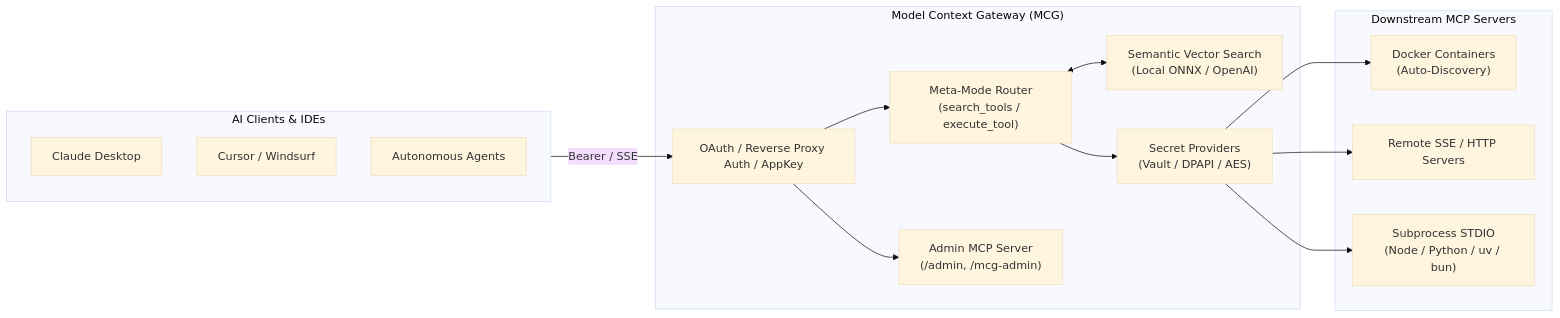
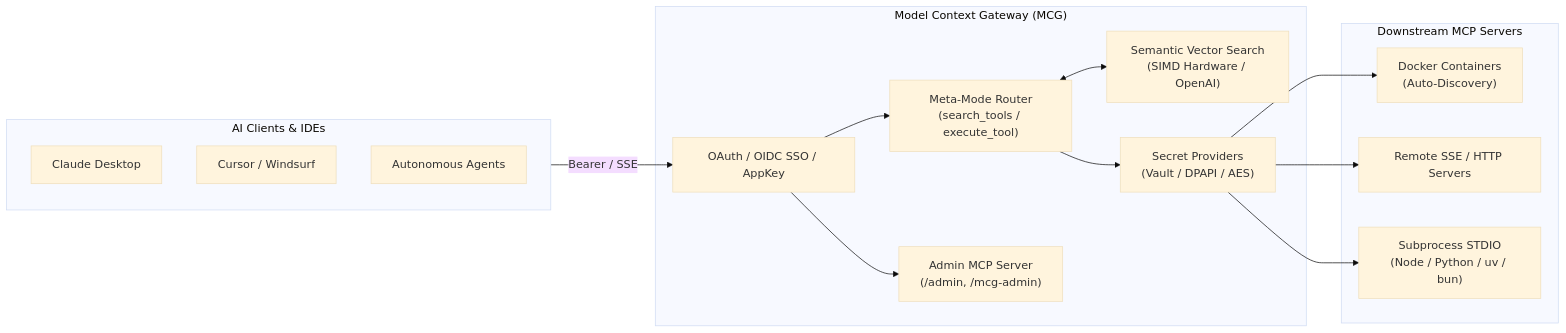
One commit to spelech/model-context-gateway changed the diagram in docs/index.md. Above: the diagram before and after it, drawn with Mermaid (base theme). The commit also changed other lines of this file and 8 other files, not shown here.

````diff
--- a/docs/index.md
+++ b/docs/index.md
@@ -41,31 +80,31 @@
 ```mermaid
 flowchart LR
     subgraph Clients["AI Clients & IDEs"]
         Claude["Claude Desktop"]
         Cursor["Cursor / Windsurf"]
         Agents["Autonomous Agents"]
     end
 
     subgraph Gateway["Model Context Gateway (MCG)"]
-        Auth["OAuth / Reverse Proxy Auth / AppKey"]
+        Auth["OAuth / OIDC SSO / AppKey"]
         MetaMode["Meta-Mode Router\n(search_tools / execute_tool)"]
-        Vector["Semantic Vector Search\n(Local ONNX / OpenAI)"]
+        Vector["Semantic Vector Search\n(SIMD Hardware / OpenAI)"]
         AdminMCP["Admin MCP Server\n(/admin, /mcg-admin)"]
         Secrets["Secret Providers\n(Vault / DPAPI / AES)"]
     end
 
     subgraph Backends["Downstream MCP Servers"]
         DockerSrv["Docker Containers\n(Auto-Discovery)"]
         SSESrv["Remote SSE / HTTP Servers"]
         StdioSrv["Subprocess STDIO\n(Node / Python / uv / bun)"]
     end
 
     Clients -->|Bearer / SSE| Auth
     Auth --> MetaMode
     Auth --> AdminMCP
     MetaMode <--> Vector
     MetaMode --> Secrets
     Secrets --> DockerSrv
     Secrets --> SSESrv
     Secrets --> StdioSrv
 ```
````
